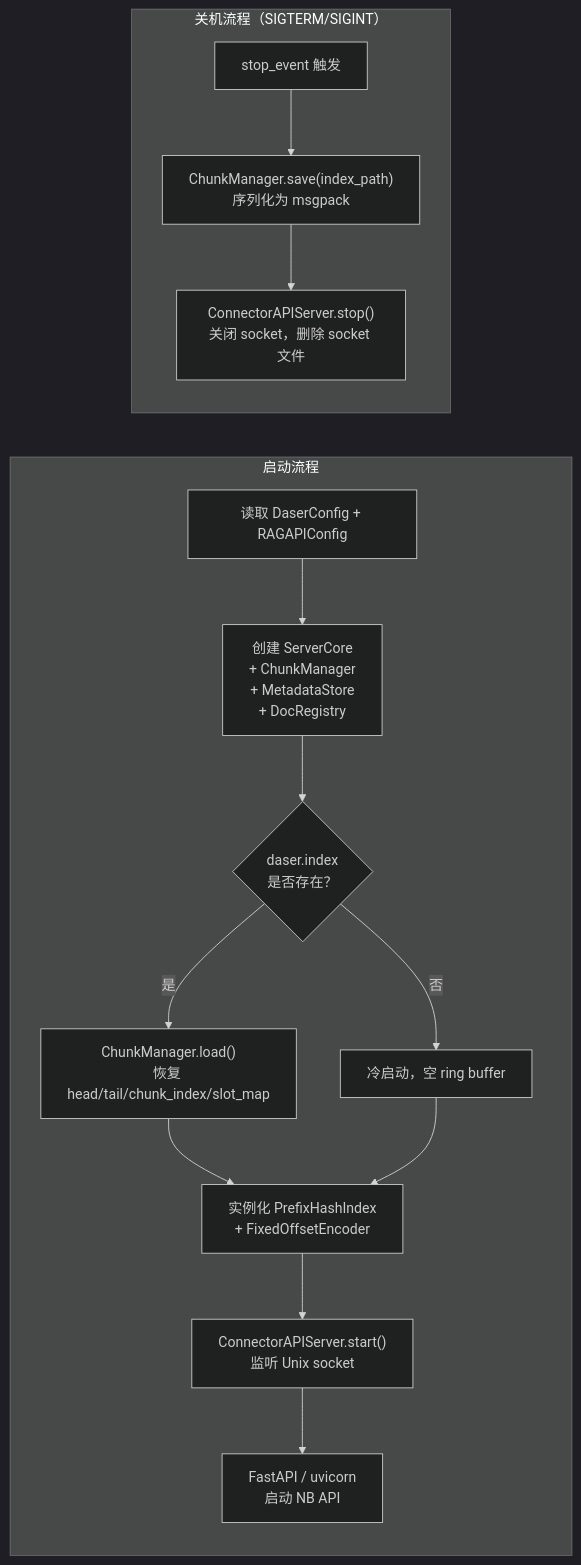
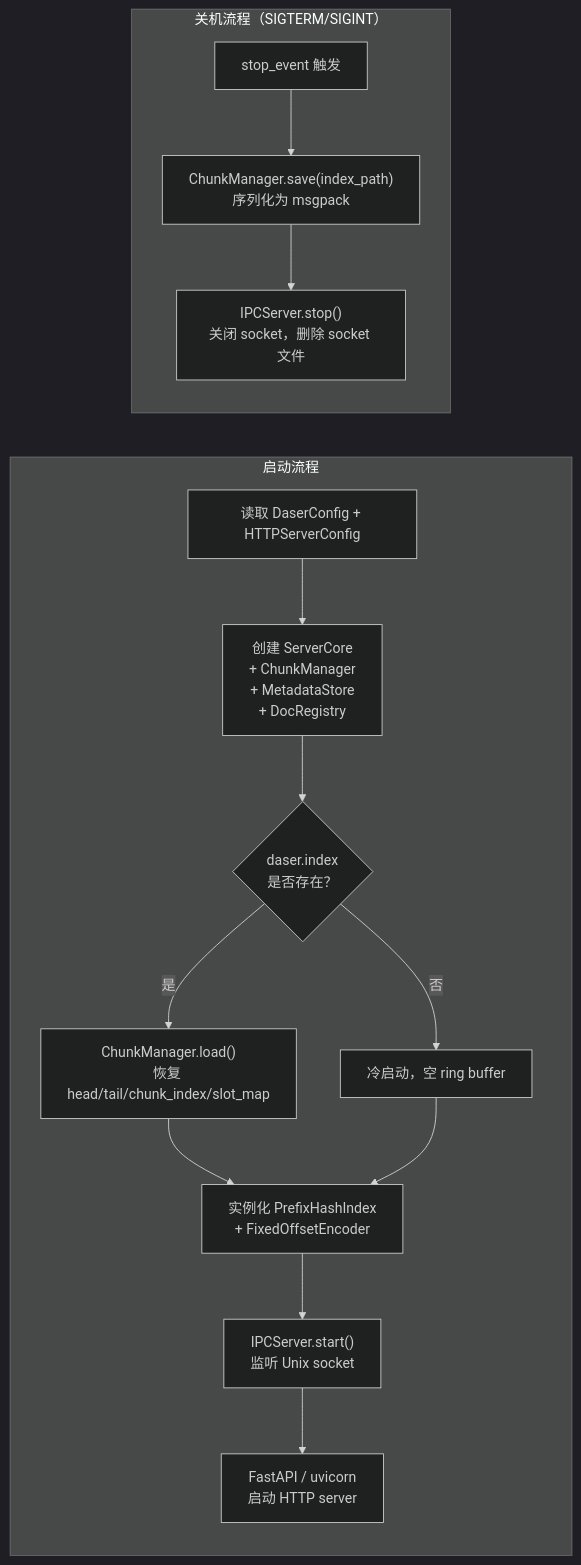
One commit to GentleCold/DaseR changed the second of 2 diagrams in docs/design/architecture.md. Above: the diagram before and after it, drawn with Mermaid (dark theme). The commit also changed other lines of this file and 27 other files, not shown here.

````diff
--- a/docs/design/architecture.md
+++ b/docs/design/architecture.md
@@ -93,20 +93,20 @@
 ```mermaid
 flowchart LR
     subgraph startup["启动流程"]
         direction TB
-        A["读取 DaserConfig + RAGAPIConfig"] --> B["创建 ServerCore\n+ ChunkManager\n+ MetadataStore\n+ DocRegistry"]
+        A["读取 DaserConfig + HTTPServerConfig"] --> B["创建 ServerCore\n+ ChunkManager\n+ MetadataStore\n+ DocRegistry"]
         B --> C{"daser.index\n是否存在？"}
         C -- 是 --> D["ChunkManager.load()\n恢复 head/tail/chunk_index/slot_map"]
         C -- 否 --> E["冷启动，空 ring buffer"]
         D --> F["实例化 PrefixHashIndex\n+ FixedOffsetEncoder"]
         E --> F
-        F --> G["ConnectorAPIServer.start()\n监听 Unix socket"]
-        G --> K["FastAPI / uvicorn\n启动 NB API"]
+        F --> G["IPCServer.start()\n监听 Unix socket"]
+        G --> K["FastAPI / uvicorn\n启动 HTTP server"]
     end
 
     subgraph shutdown["关机流程（SIGTERM/SIGINT）"]
         direction TB
         H["stop_event 触发"] --> I["ChunkManager.save(index_path)\n序列化为 msgpack"]
-        I --> J["ConnectorAPIServer.stop()\n关闭 socket，删除 socket 文件"]
+        I --> J["IPCServer.stop()\n关闭 socket，删除 socket 文件"]
     end
 ```
````
